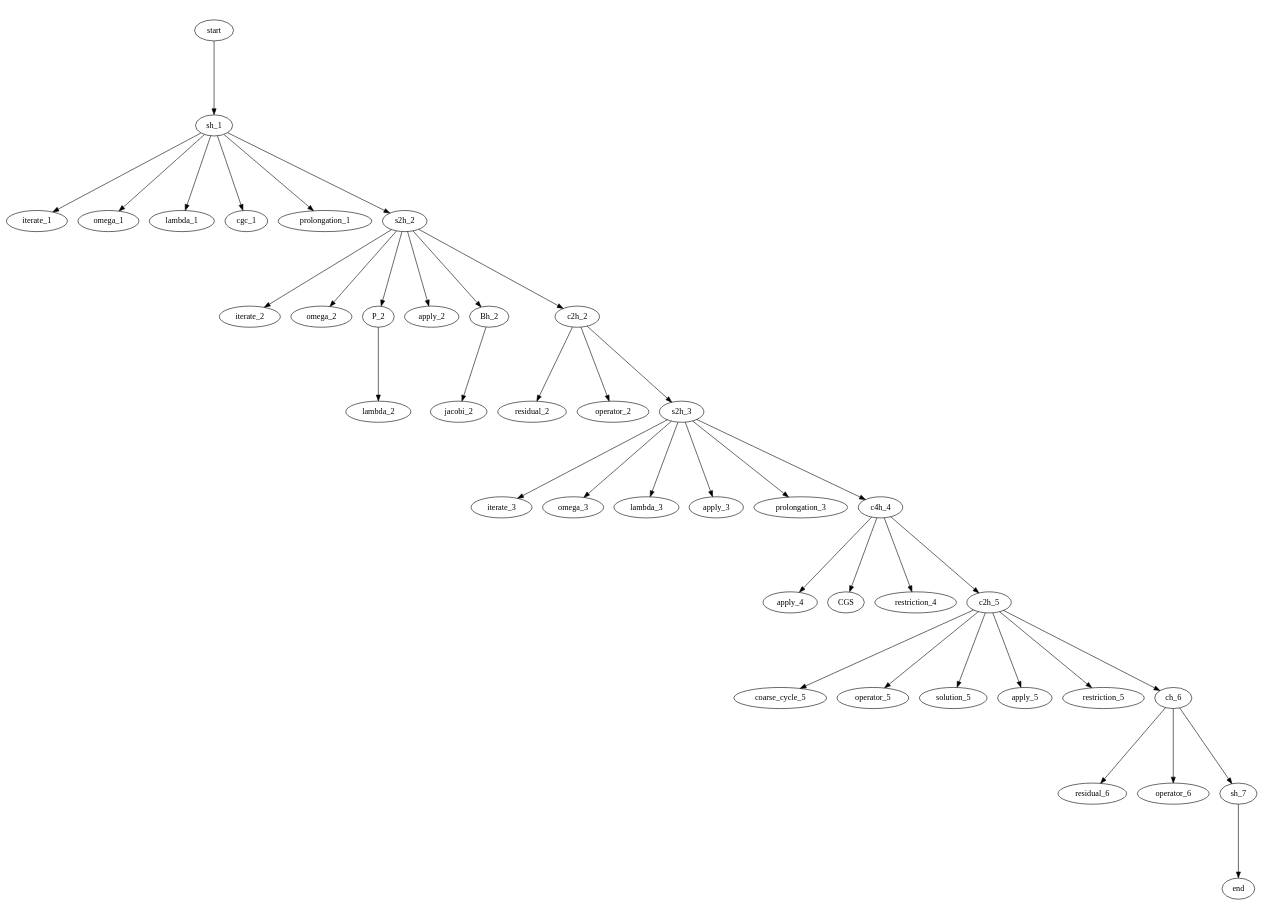
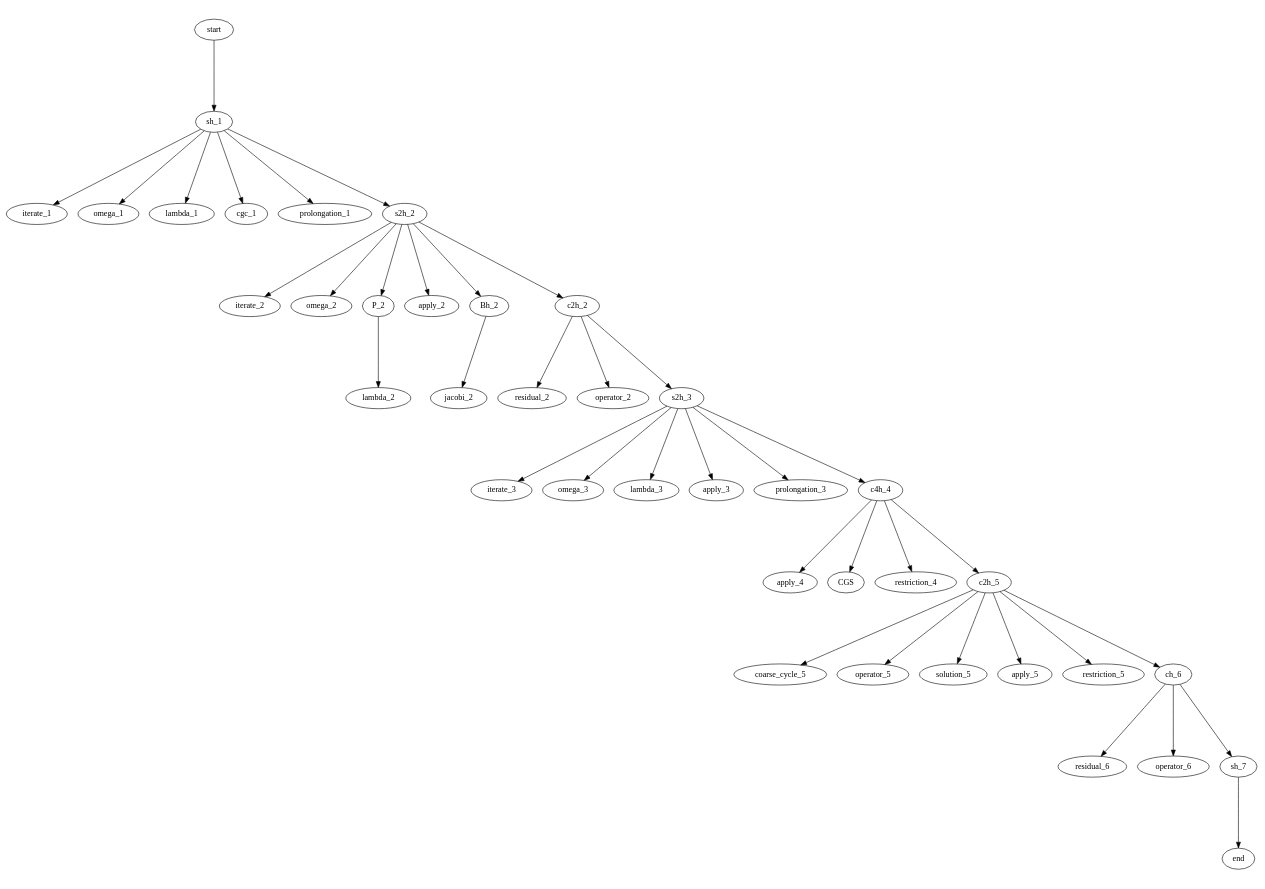
The diagram in tree_generation_scripts/three_grid_method_grammar_tree.dot (jonas-schmitt/thesis), drawn with Graphviz before and after one commit. The commit also changed 1 other file, not shown here.

```diff
--- a/tree_generation_scripts/three_grid_method_grammar_tree.dot
+++ b/tree_generation_scripts/three_grid_method_grammar_tree.dot
@@ -1,85 +1,85 @@
 digraph G {  
-  ratio=0.725;
+  ratio=0.7;
   ordering=in ;
   start [texlbl="$\langle S \rangle$"];
   start -> sh_1
   sh_1 [texlbl="$\langle s_h\rangle$"];
   sh_1 -> iterate_1
   sh_1 -> omega_1
   sh_1 -> lambda_1
   sh_1 -> cgc_1
   sh_1 -> prolongation_1
   sh_1 -> s2h_2
   iterate_1 [texlbl="\textsc{iterate}"];
   omega_1 [texlbl="$1.0$"];
   lambda_1 [texlbl="$\lambda$"];
   cgc_1 [texlbl="\textsc{cgc}"];
   prolongation_1 [texlbl="$I_{2h}^h$"];
   s2h_2 [texlbl="$\langle s_{2h}\rangle$"];
   s2h_2 -> iterate_2
   iterate_2 [texlbl="\textsc{iterate}"];
   s2h_2 -> omega_2
   omega_2 [texlbl="$0.6$"];
   s2h_2 -> P_2
   P_2 [texlbl="$\langle \mathcal P \rangle$"];
   P_2 -> lambda_2
   lambda_2 [texlbl="$\lambda$"];
   s2h_2 -> apply_2
   apply_2 [texlbl="\textsc{apply}"];
   s2h_2 -> Bh_2
   Bh_2 [texlbl="$\langle B_{2h} \rangle$"];
   Bh_2 -> jacobi_2
   jacobi_2 [texlbl="$D_{2h}^{-1}$"];
   s2h_2 -> c2h_2
 
   c2h_2 [texlbl="$\langle c_{2h} \rangle$"];
   c2h_2 -> residual_2
   residual_2 [texlbl="\textsc{residual}"];
   c2h_2 -> operator_2
   operator_2 [texlbl="$A_{2h}$"];
   c2h_2 -> s2h_3
   s2h_3 [texlbl="$\langle s_{2h}\rangle$"]; 
   s2h_3 -> iterate_3
   iterate_3 [texlbl="\textsc{iterate}"];
   s2h_3 -> omega_3
   omega_3 [texlbl="$1.0$"];
   s2h_3 -> lambda_3
   lambda_3 [texlbl="$\lambda$"];
   s2h_3 -> apply_3
   apply_3 [texlbl="\textsc{apply}"];
   s2h_3 -> prolongation_3
   prolongation_3 [texlbl="$I_{4h}^{2h}$"];
   s2h_3 -> c4h_4
   c4h_4 [texlbl="$\langle c_{4h} \rangle$"];
   apply_4 [texlbl="\textsc{apply}"];
   c4h_4 -> CGS
   CGS [texlbl="$A_{4h}^{-1}$"];
   c4h_4 -> apply_4
   apply_4 [texlbl="\textsc{apply}"];
   c4h_4 -> restriction_4
   restriction_4 [texlbl="$I_{2h}^{4h}$"];
   c4h_4 -> c2h_5
   c2h_5 [texlbl="$\langle c_{2h} \rangle$"];
   c2h_5 -> coarse_cycle_5
   coarse_cycle_5 [texlbl="\textsc{cge}"];
   c2h_5 -> operator_5
   operator_5 [texlbl="$A_{2h}$"];
   c2h_5 -> solution_5
   solution_5 [texlbl="$x^0_{2h}$"];
   c2h_5 -> apply_5
   apply_5 [texlbl="\textsc{apply}"];
   c2h_5 -> restriction_5
   restriction_5 [texlbl="$I_{h}^{2h}$"];
   c2h_5 -> ch_6
   ch_6 [texlbl="$\langle c_{h} \rangle$"];
   ch_6 -> residual_6
   residual_6 [texlbl="\textsc{residual}"];
   ch_6 -> operator_6
   operator_6 [texlbl="$A_{h}$"];
   ch_6 -> sh_7
   sh_7 [texlbl="$\langle s_{h} \rangle$"];
   sh_7 -> end
   
   
   end [texlbl="$(x_h^0, b_h, \lambda, \lambda)$"];
 }
```
